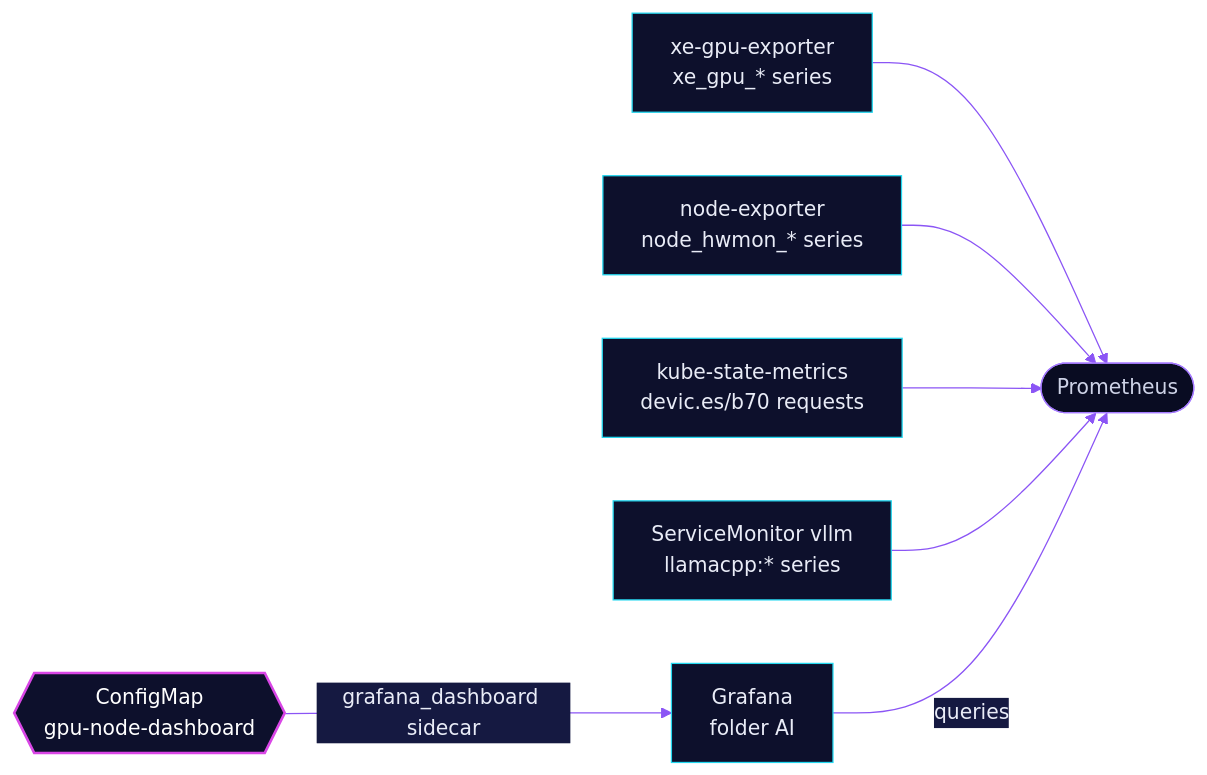
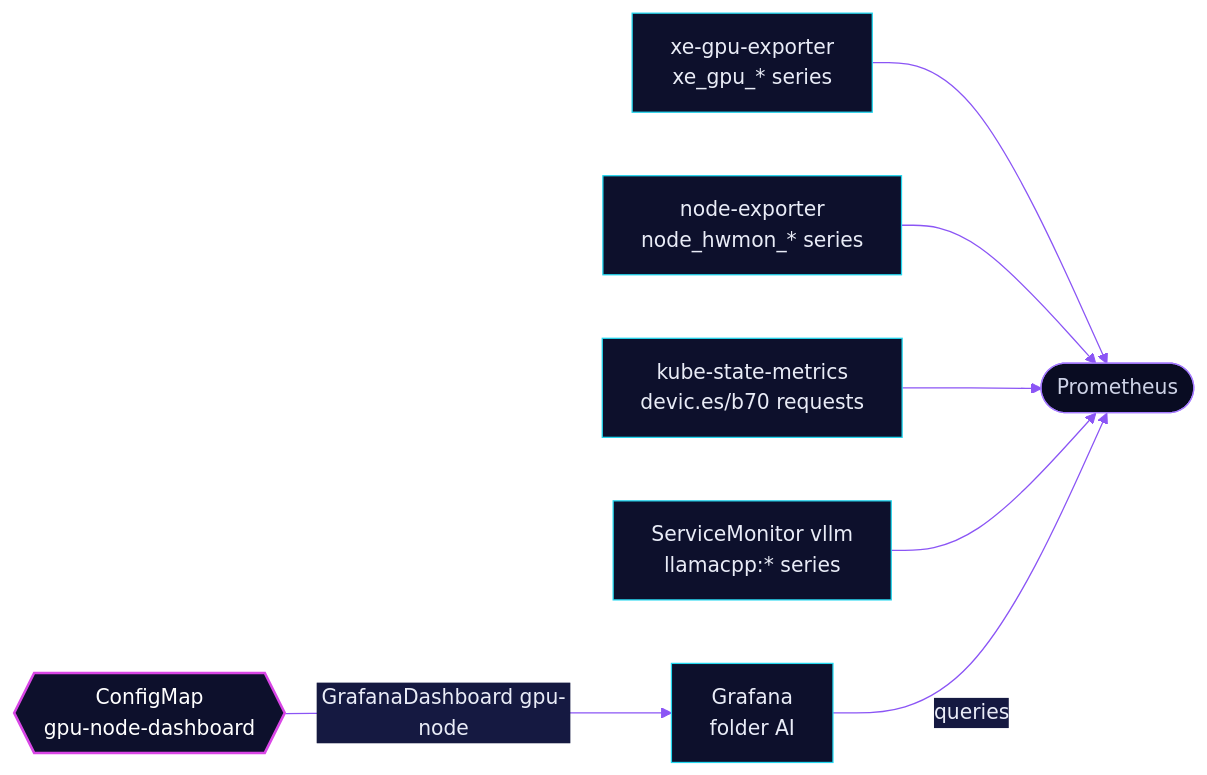
One commit to skrumbach/home-ops changed the diagram in kubernetes/apps/base/ai/gpu-node-dashboard/README.md. Above: the diagram before and after it, drawn with Mermaid. The commit also changed other lines of this file and 39 other files, not shown here.

First line of the commit message:
feat(grafana)!: Grafana runs from grafana-operator, the chart is removed

````diff
--- a/kubernetes/apps/base/ai/gpu-node-dashboard/README.md
+++ b/kubernetes/apps/base/ai/gpu-node-dashboard/README.md
@@ -25,14 +27,14 @@
 ```mermaid
 %%{init: {'theme':'base','themeVariables':{'primaryColor':'#0D102C','primaryTextColor':'#E9ECF7','primaryBorderColor':'#22D8F0','lineColor':'#8B55F5','secondaryColor':'#151941','tertiaryColor':'#090C22','edgeLabelBackground':'#151941'}}}%%
 flowchart LR
   xe["xe-gpu-exporter<br/>xe_gpu_* series"] --> prom(["Prometheus"])
   ne["node-exporter<br/>node_hwmon_* series"] --> prom
   ksm["kube-state-metrics<br/>devic.es/b70 requests"] --> prom
   vllm["ServiceMonitor vllm<br/>llamacpp:* series"] --> prom
-  cm{{"ConfigMap<br/>gpu-node-dashboard"}} -->|grafana_dashboard sidecar| gr["Grafana<br/>folder AI"]
+  cm{{"ConfigMap<br/>gpu-node-dashboard"}} -->|GrafanaDashboard gpu-node| gr["Grafana<br/>folder AI"]
   gr -->|queries| prom
   classDef accent fill:#0D102C,stroke:#D946E6,stroke-width:2px,color:#FFFFFF
   classDef ext fill:#090C22,stroke:#A57BFF,color:#CDD2E6
   class cm accent
   class prom ext
 ```
````
